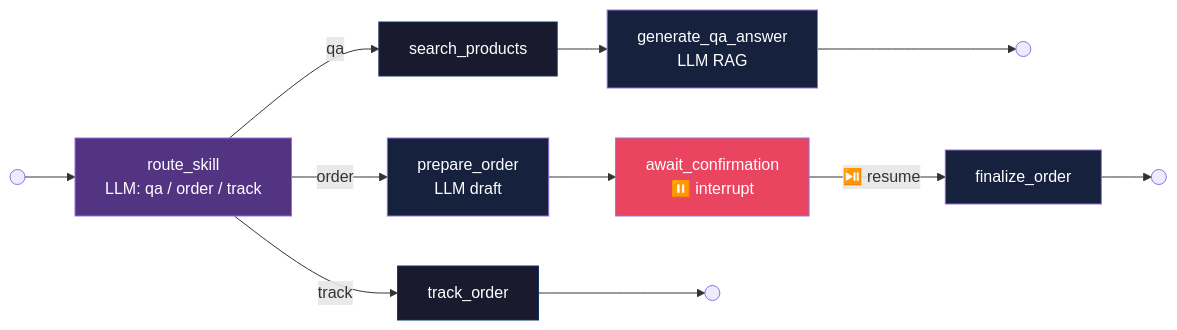
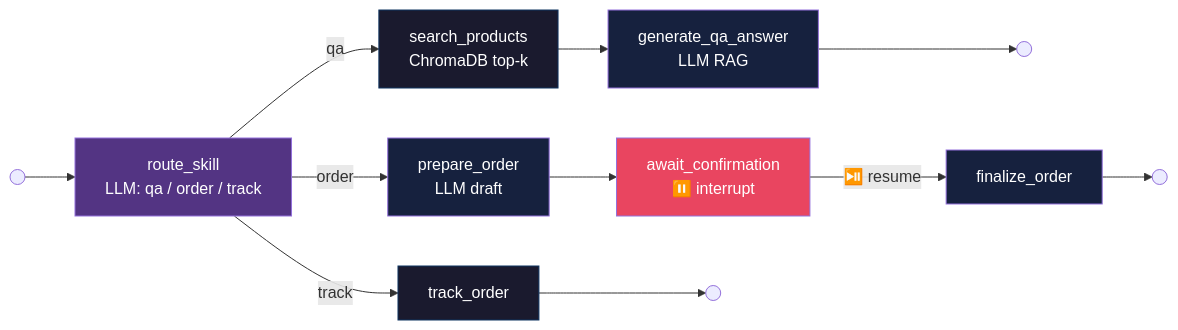
The second of 4 diagrams in README.md (pcwieka/fastapi-langgraph-ai-agent), drawn with Mermaid before and after one commit. The commit also changed other lines of this file and 16 other files, not shown here.

Commit message:
Replace keyword search with ChromaDB vector RAG

````diff
--- a/README.md
+++ b/README.md
@@ -30,24 +57,24 @@
 ```mermaid
 flowchart LR
     Start(( )) --> Router[route_skill<br/>LLM: qa / order / track]
 
-    Router -- "qa" --> Search[search_products]
+    Router -- "qa" --> Search[search_products<br/>ChromaDB top-k]
     Search --> GenQA[generate_qa_answer<br/>LLM RAG]
     GenQA --> End1(( ))
 
     Router -- "order" --> Prep[prepare_order<br/>LLM draft]
     Prep --> Await[await_confirmation<br/>⏸️ interrupt]
     Await -- "⏯️ resume" --> Final[finalize_order]
     Final --> End2(( ))
 
     Router -- "track" --> Track[track_order]
     Track --> End3(( ))
 
     style Router fill:#533483,color:#fff
     style Search fill:#1a1a2e,color:#fff,stroke:#0f3460
     style GenQA fill:#16213e,color:#fff
     style Prep fill:#16213e,color:#fff
     style Await fill:#e94560,color:#fff
     style Final fill:#16213e,color:#fff
     style Track fill:#1a1a2e,color:#fff,stroke:#0f3460
 ```
````
